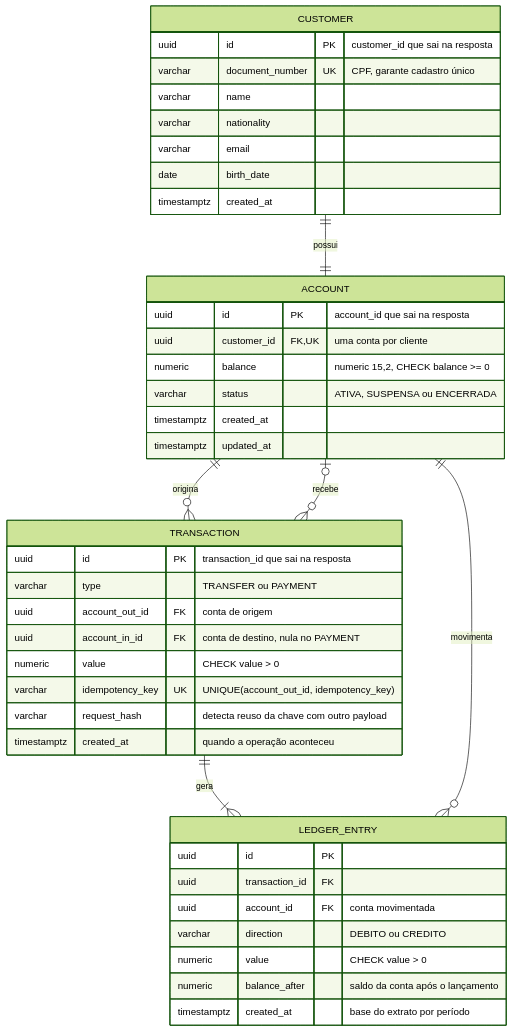
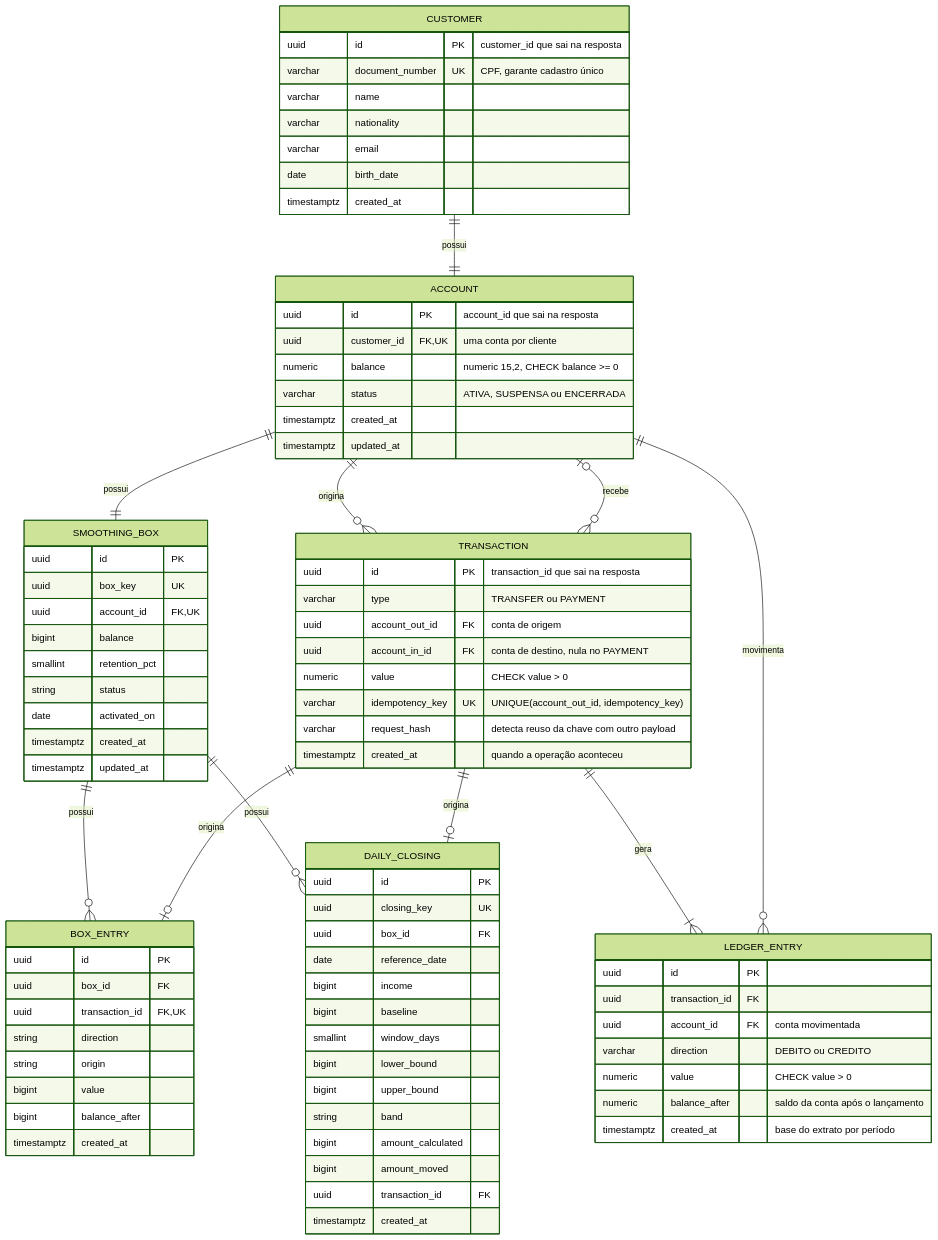
Before and after one commit to fernandobvm/bootcamp-qi-26-bankrepo: the first of 10 diagrams in bootcamp-rfc-modelo.md, drawn with Mermaid (forest theme). The commit also changed other lines of this file, not shown here.

````diff
--- a/bootcamp-rfc-modelo.md
+++ b/bootcamp-rfc-modelo.md
@@ -76,10 +104,17 @@
 ```mermaid
 erDiagram
     CUSTOMER ||--|| ACCOUNT : "possui"
+    ACCOUNT ||--|| SMOOTHING_BOX : "possui"
     ACCOUNT ||--o{ TRANSACTION : "origina"
     ACCOUNT |o--o{ TRANSACTION : "recebe"
     TRANSACTION ||--|{ LEDGER_ENTRY : "gera"
     ACCOUNT ||--o{ LEDGER_ENTRY : "movimenta"
+
+    SMOOTHING_BOX ||--o{ BOX_ENTRY : "possui"
+    TRANSACTION ||--o| BOX_ENTRY : "origina"
+
+    SMOOTHING_BOX ||--o{ DAILY_CLOSING : "possui"
+    TRANSACTION ||--o| DAILY_CLOSING : "origina"
 
     CUSTOMER {
         uuid id PK "customer_id que sai na resposta"
@@ -117,4 +152,43 @@
         numeric balance_after "saldo da conta após o lançamento"
         timestamptz created_at "base do extrato por período"
     }
+    SMOOTHING_BOX {
+        uuid id PK
+        uuid box_key UK
+        uuid account_id FK,UK
+        bigint balance
+        smallint retention_pct
+        string status
+        date activated_on
+        timestamptz created_at
+        timestamptz updated_at
+    }
+
+    BOX_ENTRY {
+        uuid id PK
+        uuid box_id FK
+        uuid transaction_id FK,UK
+        string direction
+        string origin
+        bigint value
+        bigint balance_after
+        timestamptz created_at
+    }
+
+    DAILY_CLOSING {
+        uuid id PK
+        uuid closing_key UK
+        uuid box_id FK
+        date reference_date
+        bigint income
+        bigint baseline
+        smallint window_days
+        bigint lower_bound
+        bigint upper_bound
+        string band
+        bigint amount_calculated
+        bigint amount_moved
+        uuid transaction_id FK
+        timestamptz created_at
+    }
 ```
````
